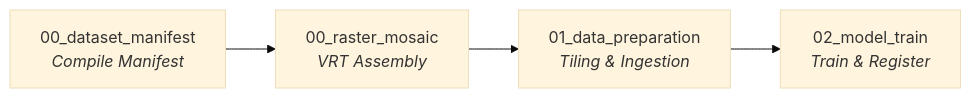
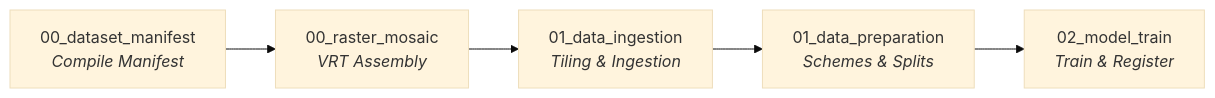
The diagram in notebooks/README.md (cariboumnr-png/landcover-seg-unet), drawn with Mermaid (base theme) before and after one commit. The commit also changed other lines of this file and 68 other files, not shown here.

````diff
--- a/notebooks/README.md
+++ b/notebooks/README.md
@@ -106,9 +113,10 @@
 ```mermaid
 flowchart LR
     T1["00_dataset_manifest<br><i>Compile Manifest</i>"]
     T2["00_raster_mosaic<br><i>VRT Assembly</i>"]
-    T3["01_data_preparation<br><i>Tiling & Ingestion</i>"]
-    T4["02_model_train<br><i>Train & Register</i>"]
+    T3["01_data_ingestion<br><i>Tiling & Ingestion</i>"]
+    T4["01_data_preparation<br><i>Schemes & Splits</i>"]
+    T5["02_model_train<br><i>Train & Register</i>"]
 
-    T1 --> T2 --> T3 --> T4
+    T1 --> T2 --> T3 --> T4 --> T5
 ```
````
